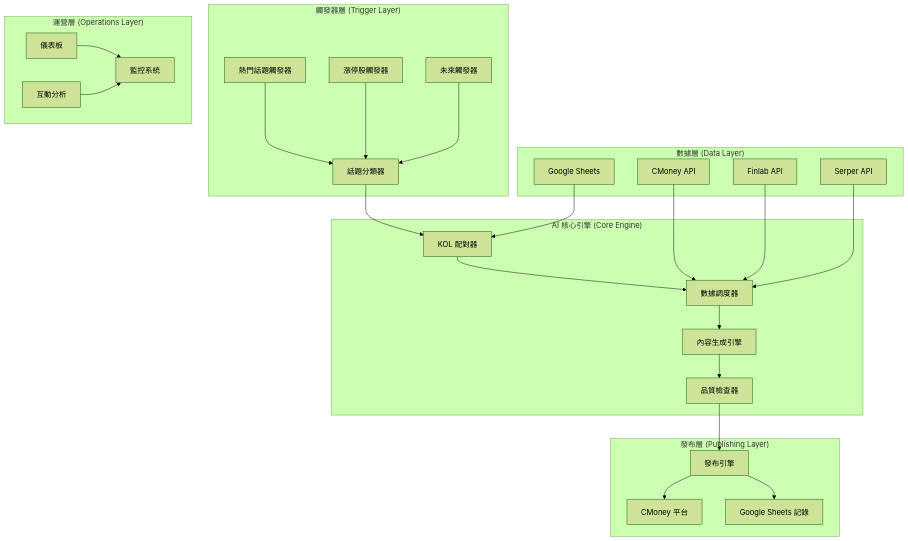
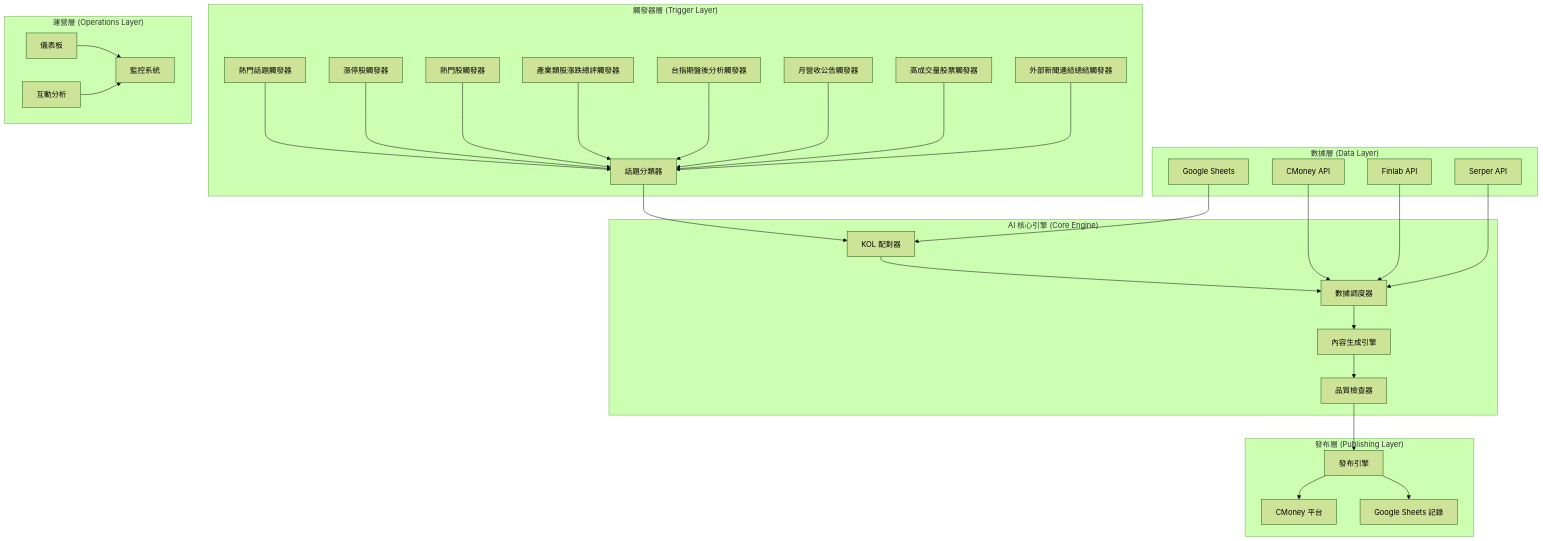
The first of 6 diagrams in gitbook-docs/1-AI系統概覽/1.2-系統架構與AI流程.md (hihihowru/forum_autoposter), drawn with Mermaid (forest theme) before and after one commit. The commit also changed other lines of this file, not shown here.

````diff
--- a/gitbook-docs/1-AI系統概覽/1.2-系統架構與AI流程.md
+++ b/gitbook-docs/1-AI系統概覽/1.2-系統架構與AI流程.md
@@ -7,33 +7,38 @@
 ```mermaid
 graph TB
     subgraph "觸發器層 (Trigger Layer)"
         A[熱門話題觸發器] --> D[話題分類器]
         B[漲停股觸發器] --> D
-        C[未來觸發器] --> D
+        C1[熱門股觸發器] --> D
+        C2[產業類股漲跌總評觸發器] --> D
+        C3[台指期盤後分析觸發器] --> D
+        C4[月營收公告觸發器] --> D
+        C5[高成交量股票觸發器] --> D
+        C6[外部新聞連結總結觸發器] --> D
     end
     
     subgraph "AI 核心引擎 (Core Engine)"
         D --> E[KOL 配對器]
         E --> F[數據調度器]
         F --> G[內容生成引擎]
         G --> H[品質檢查器]
     end
     
     subgraph "數據層 (Data Layer)"
         I[CMoney API] --> F
         J[Finlab API] --> F
         K[Serper API] --> F
         L[Google Sheets] --> E
     end
     
     subgraph "發布層 (Publishing Layer)"
         H --> M[發布引擎]
         M --> N[CMoney 平台]
         M --> O[Google Sheets 記錄]
     end
     
     subgraph "運營層 (Operations Layer)"
         P[儀表板] --> Q[監控系統]
         R[互動分析] --> Q
     end
 ```
````
